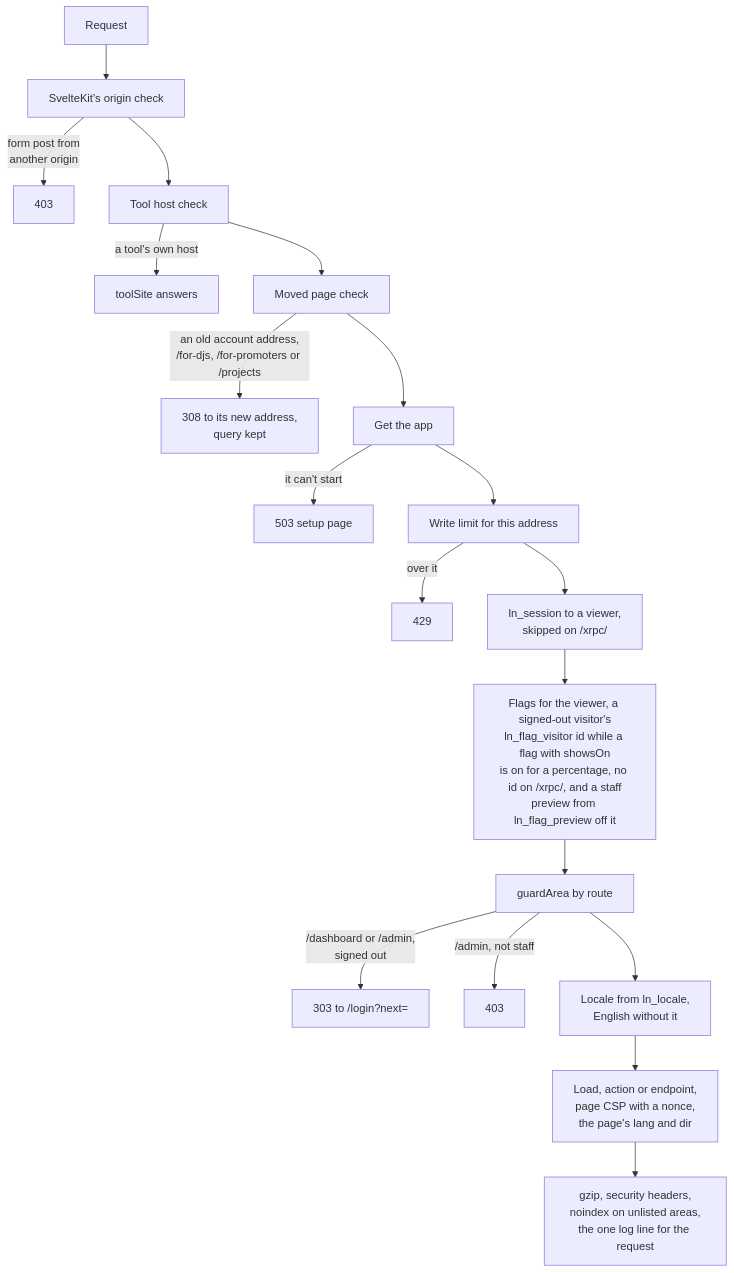
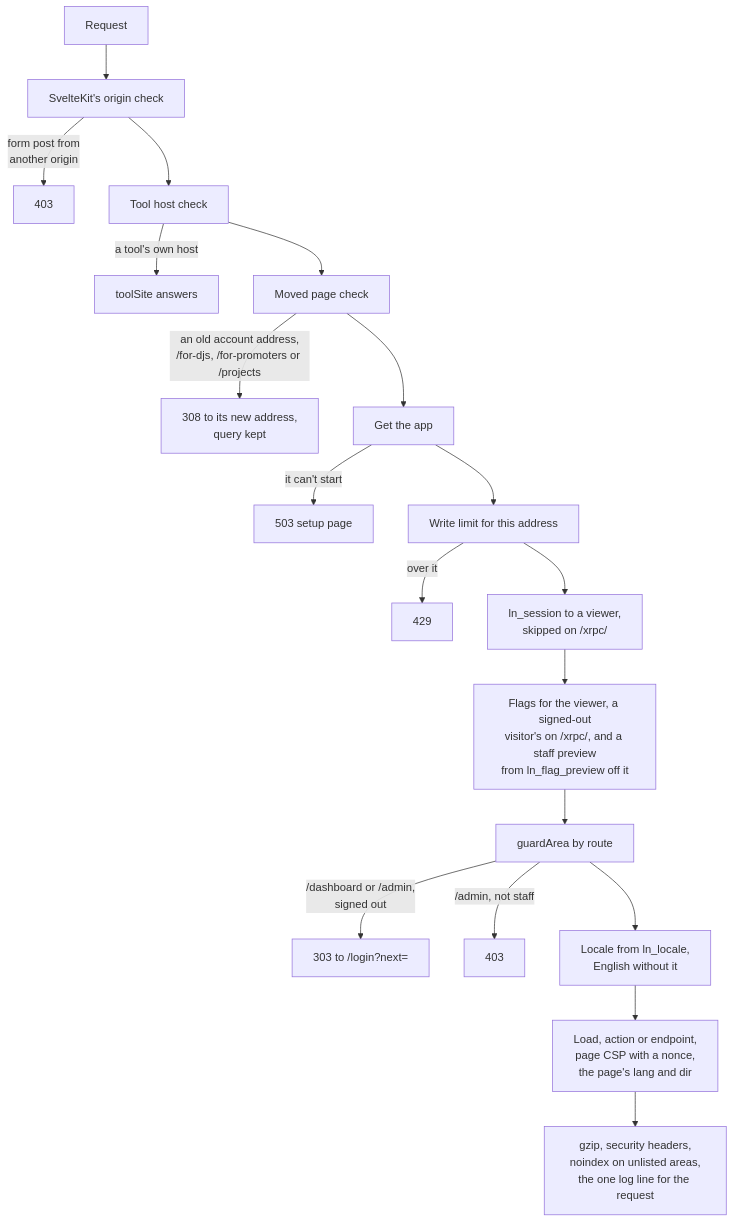
Before and after one commit to cutenode/localnetwork: the first of 11 diagrams in apps/web/docs/diagrams/requests-and-routes.md, drawn with Mermaid. The commit also changed other lines of this file and 44 other files, not shown here.

First line of the commit message:
feat(web): turn a flag on for signed-out visitors last, as its own setting

````diff
--- a/apps/web/docs/diagrams/requests-and-routes.md
+++ b/apps/web/docs/diagrams/requests-and-routes.md
@@ -21,21 +21,21 @@
 ```mermaid
 flowchart TD
   In["Request"] --> Csrf["SvelteKit's origin check"]
   Csrf -- "form post from<br/>another origin" --> Blocked["403"]
   Csrf --> Tool["Tool host check"]
   Tool -- "a tool's own host" --> ToolSite["toolSite answers"]
   Tool --> Moved["Moved page check"]
   Moved -- "an old account address,<br/>/for-djs, /for-promoters or /projects" --> Redirect["308 to its new address,<br/>query kept"]
   Moved --> Load["Get the app"]
   Load -- "it can't start" --> Setup["503 setup page"]
   Load --> Limit["Write limit for this address"]
   Limit -- "over it" --> Slow["429"]
   Limit --> Session["ln_session to a viewer,<br/>skipped on /xrpc/"]
-  Session --> Flags["Flags for the viewer, a signed-out visitor's<br/>ln_flag_visitor id while a flag with showsOn<br/>is on for a percentage, no id on /xrpc/, and a staff<br/>preview from ln_flag_preview off it"]
+  Session --> Flags["Flags for the viewer, a signed-out<br/>visitor's on /xrpc/, and a staff preview<br/>from ln_flag_preview off it"]
   Flags --> Guard["guardArea by route"]
   Guard -- "/dashboard or /admin,<br/>signed out" --> Login["303 to /login?next="]
   Guard -- "/admin, not staff" --> Refused["403"]
   Guard --> Locale["Locale from ln_locale,<br/>English without it"]
   Locale --> Route["Load, action or endpoint,<br/>page CSP with a nonce,<br/>the page's lang and dir"]
   Route --> Out["gzip, security headers,<br/>noindex on unlisted areas,<br/>the one log line for the request"]
 ```
````
